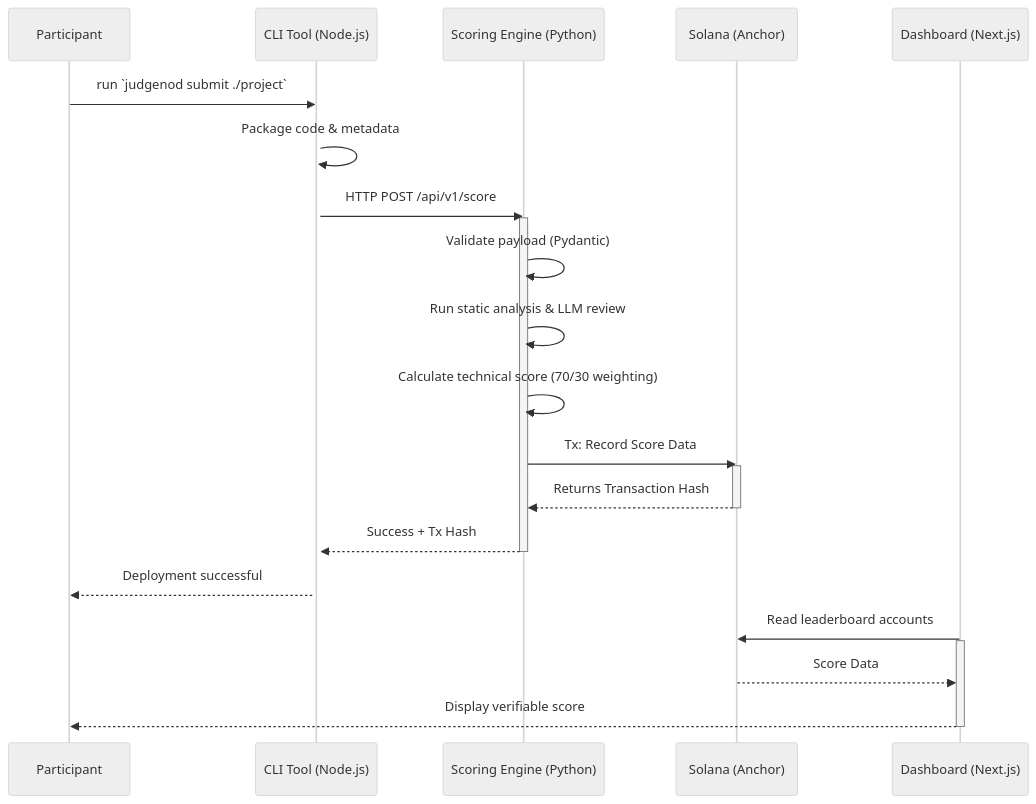
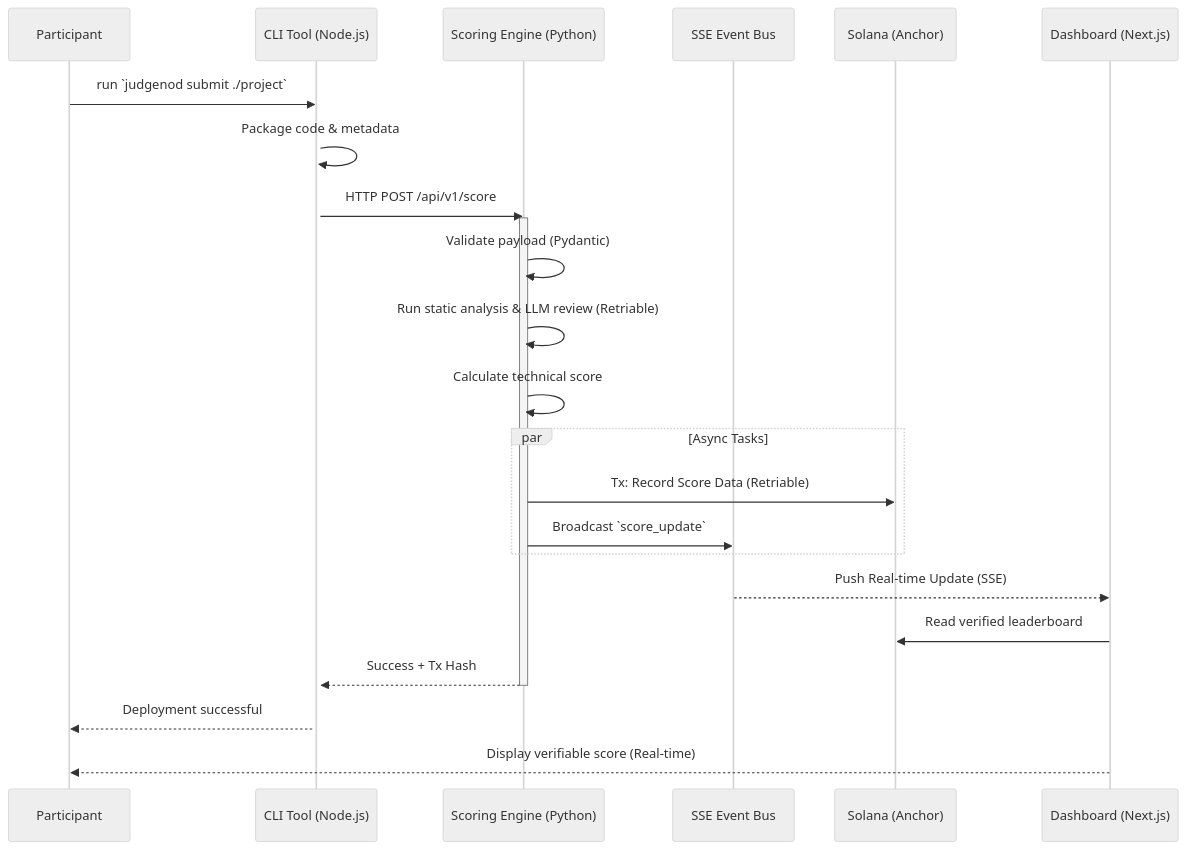
Before and after one commit to Inmodel/inmodel-c: the second of 2 diagrams in README.md, drawn with Mermaid (neutral theme). The commit also changed other lines of this file and 8 other files, not shown here.

Commit message:
docs: update project documentation to reflect real-time SSE leaderboard, rate limiting, and hardened architecture changes

````diff
--- a/README.md
+++ b/README.md
@@ -39,33 +42,33 @@
 ```mermaid
 sequenceDiagram
     participant User as Participant
     participant CLI as CLI Tool (Node.js)
     participant Backend as Scoring Engine (Python)
+    participant Bus as SSE Event Bus
     participant Chain as Solana (Anchor)
     participant Dash as Dashboard (Next.js)
     
     User->>CLI: run `judgenod submit ./project`
     activate CLI
     CLI->>CLI: Package code & metadata
     CLI->>Backend: HTTP POST /api/v1/score
     activate Backend
     
     Backend->>Backend: Validate payload (Pydantic)
-    Backend->>Backend: Run static analysis & LLM review
-    Backend->>Backend: Calculate technical score (70/30 weighting)
+    Backend->>Backend: Run static analysis & LLM review (Retriable)
+    Backend->>Backend: Calculate technical score
     
-    Backend->>Chain: Tx: Record Score Data
-    activate Chain
-    Chain-->>Backend: Returns Transaction Hash
-    deactivate Chain
+    par Async Tasks
+        Backend->>Chain: Tx: Record Score Data (Retriable)
+        Backend->>Bus: Broadcast `score_update`
+    end
+    
+    Bus-->>Dash: Push Real-time Update (SSE)
+    Dash->>Chain: Read verified leaderboard
     
     Backend-->>CLI: Success + Tx Hash
     deactivate Backend
     CLI-->>User: Deployment successful
 
-    Dash->>Chain: Read leaderboard accounts
-    activate Dash
-    Chain-->>Dash: Score Data
-    Dash-->>User: Display verifiable score
-    deactivate Dash
+    Dash-->>User: Display verifiable score (Real-time)
 ```
````
